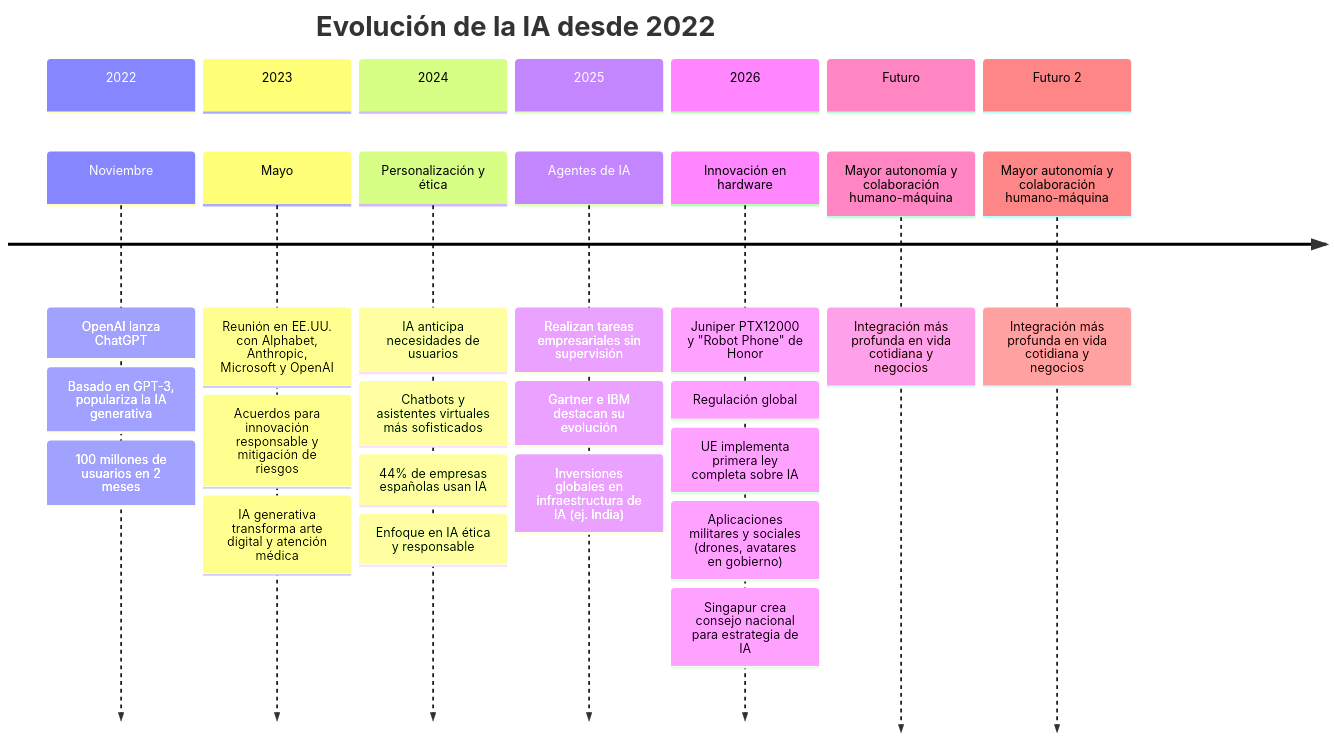
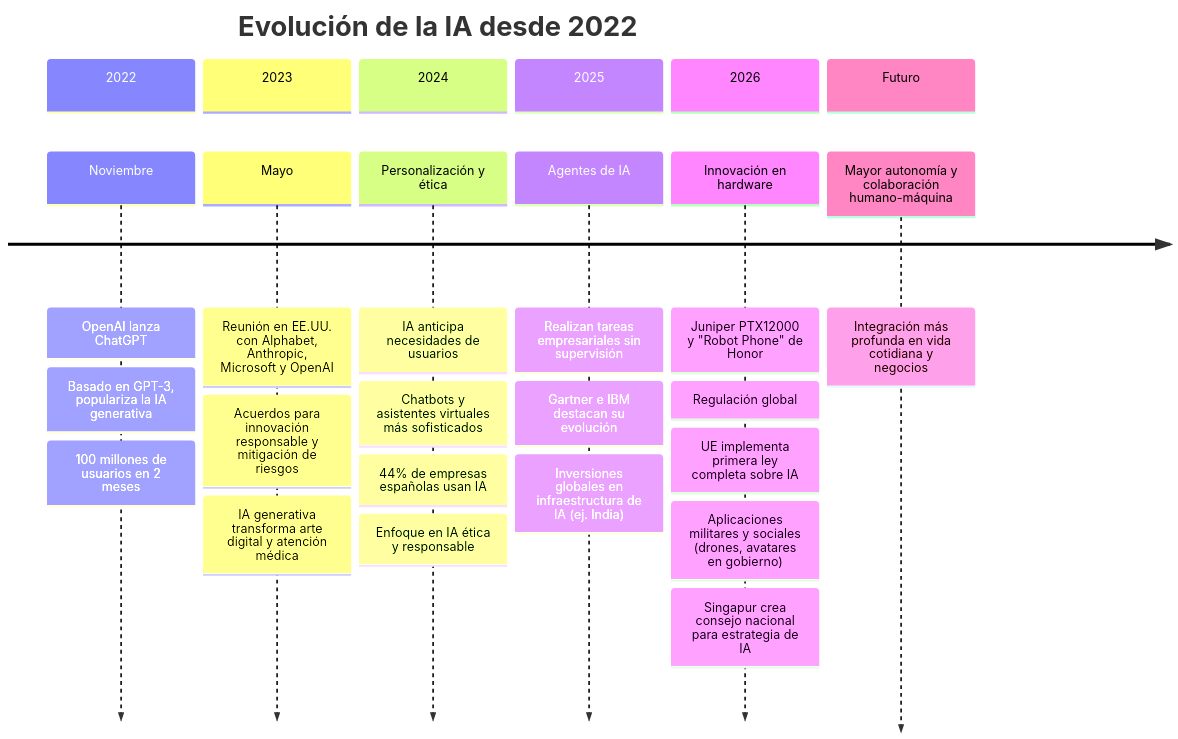
Before and after one commit to albertomozo/TDIGITAL: the diagram in IA/linea_tiempo_mistral.md, drawn with Mermaid.

Commit message:
Remove duplicate section 'Futuro 2' from timeline

````diff
--- a/IA/linea_tiempo_mistral.md
+++ b/IA/linea_tiempo_mistral.md
@@ -1,38 +1,36 @@
 ```mermaid
 timeline
   title Evolución de la IA desde 2022
   section 2022
     Noviembre : OpenAI lanza ChatGPT
     : Basado en GPT-3, populariza la IA generativa
     : 100 millones de usuarios en 2 meses
 
   section 2023
     Mayo : Reunión en EE.UU. con Alphabet, Anthropic, Microsoft y OpenAI
     : Acuerdos para innovación responsable y mitigación de riesgos
     : IA generativa transforma arte digital y atención médica
 
   section 2024
     Personalización y ética : IA anticipa necesidades de usuarios
     : Chatbots y asistentes virtuales más sofisticados
     : 44% de empresas españolas usan IA
     : Enfoque en IA ética y responsable
 
   section 2025
     Agentes de IA : Realizan tareas empresariales sin supervisión
     : Gartner e IBM destacan su evolución
     : Inversiones globales en infraestructura de IA (ej. India)
 
   section 2026
     Innovación en hardware : Juniper PTX12000 y "Robot Phone" de Honor
     : Regulación global: UE implementa primera ley completa sobre IA
     : Aplicaciones militares y sociales (drones, avatares en gobierno)
     : Singapur crea consejo nacional para estrategia de IA
 
   section Futuro
     Mayor autonomía y colaboración humano-máquina
     : Integración más profunda en vida cotidiana y negocios
 
-  section Futuro 2
-    Mayor autonomía y colaboración humano-máquina
-    : Integración más profunda en vida cotidiana y negocios
+
 ```
````
